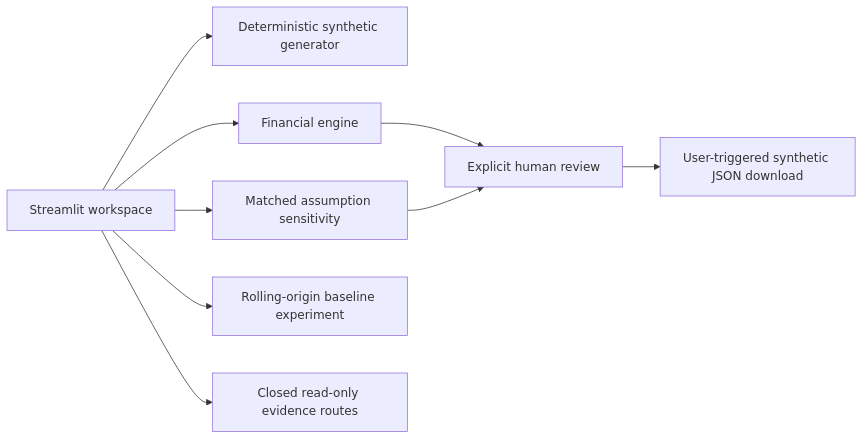
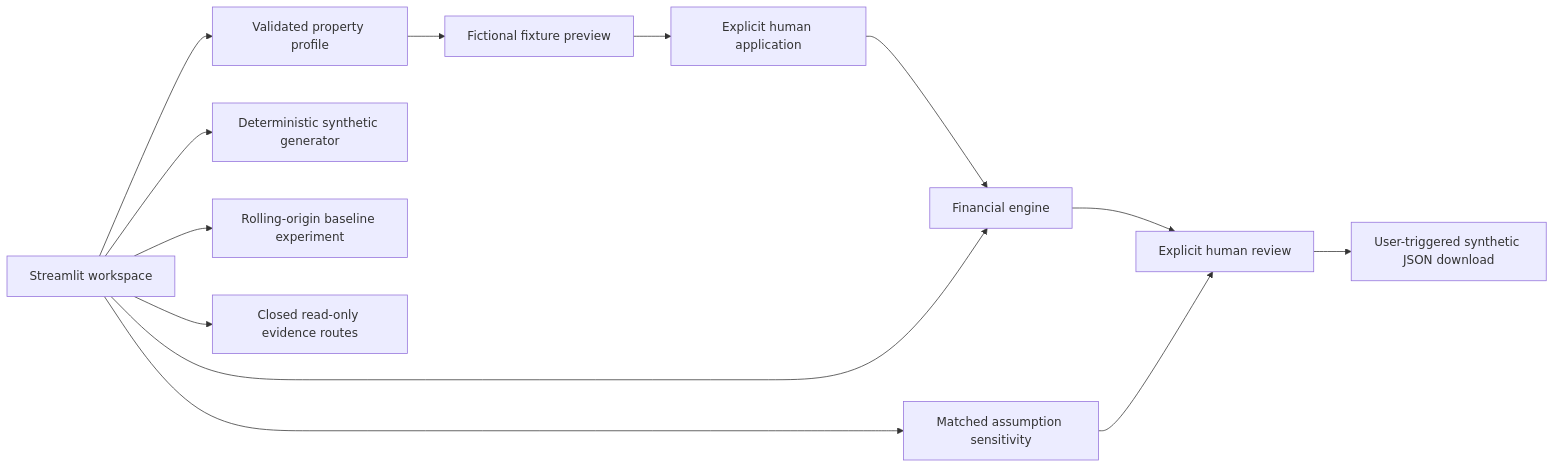
Before and after one commit to nanabb333/PropertyIQ: the diagram in README.md, drawn with Mermaid. The commit also changed other lines of this file and 9 other files, not shown here.

Commit message:
Release PropertyIQ v1.2 property-aware synthetic scenarios

````diff
--- a/README.md
+++ b/README.md
@@ -47,11 +61,15 @@
 ```mermaid
 flowchart LR
-    UI[Streamlit workspace] --> Synth[Deterministic synthetic generator]
+    UI[Streamlit workspace] --> Profile[Validated property profile]
+    Profile --> Preview[Fictional fixture preview]
+    Preview --> Apply[Explicit human application]
+    Apply --> Finance
+    UI --> Synth[Deterministic synthetic generator]
     UI --> Finance[Financial engine]
     UI --> Scenario[Matched assumption sensitivity]
     UI --> Forecast[Rolling-origin baseline experiment]
     UI --> Evidence[Closed read-only evidence routes]
     Finance --> Review[Explicit human review]
     Scenario --> Review
     Review --> Export[User-triggered synthetic JSON download]
 ```
````
